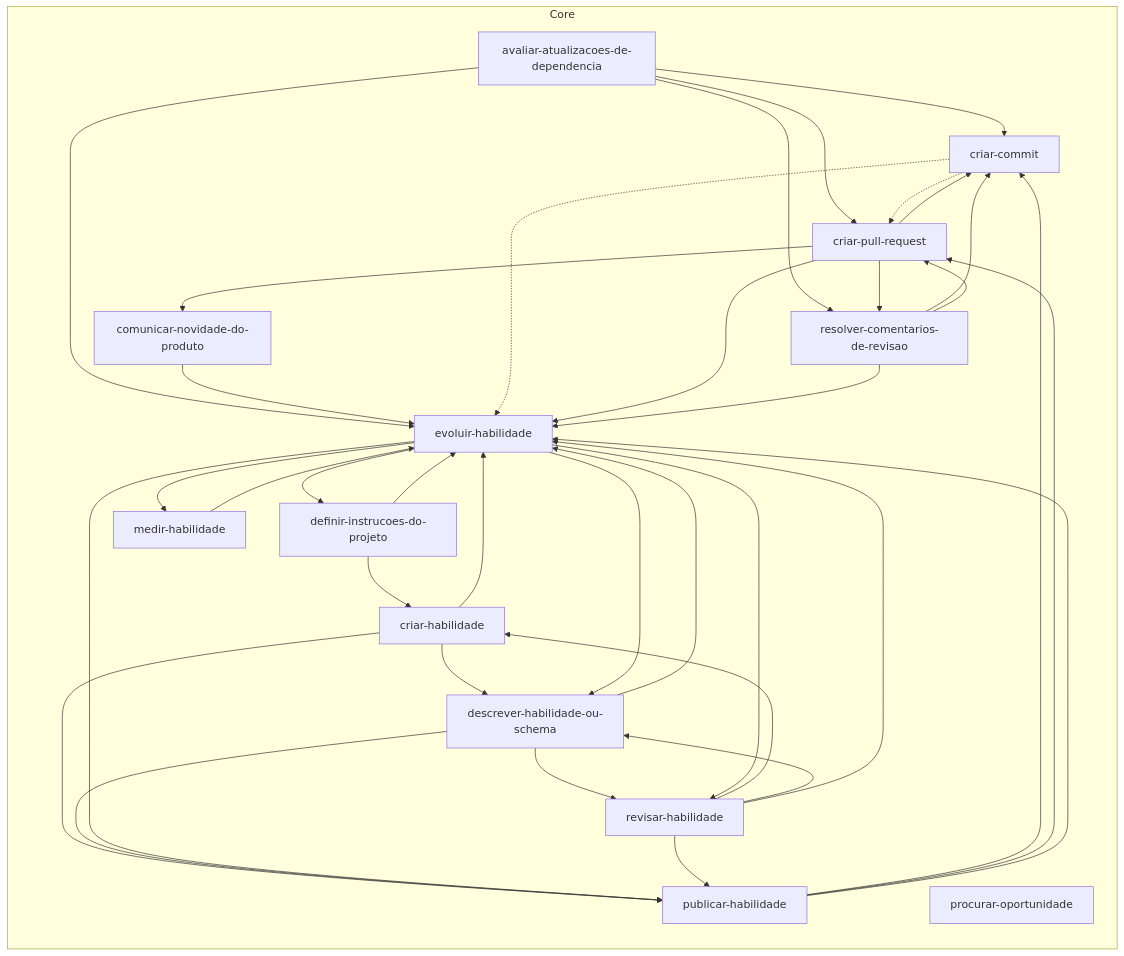
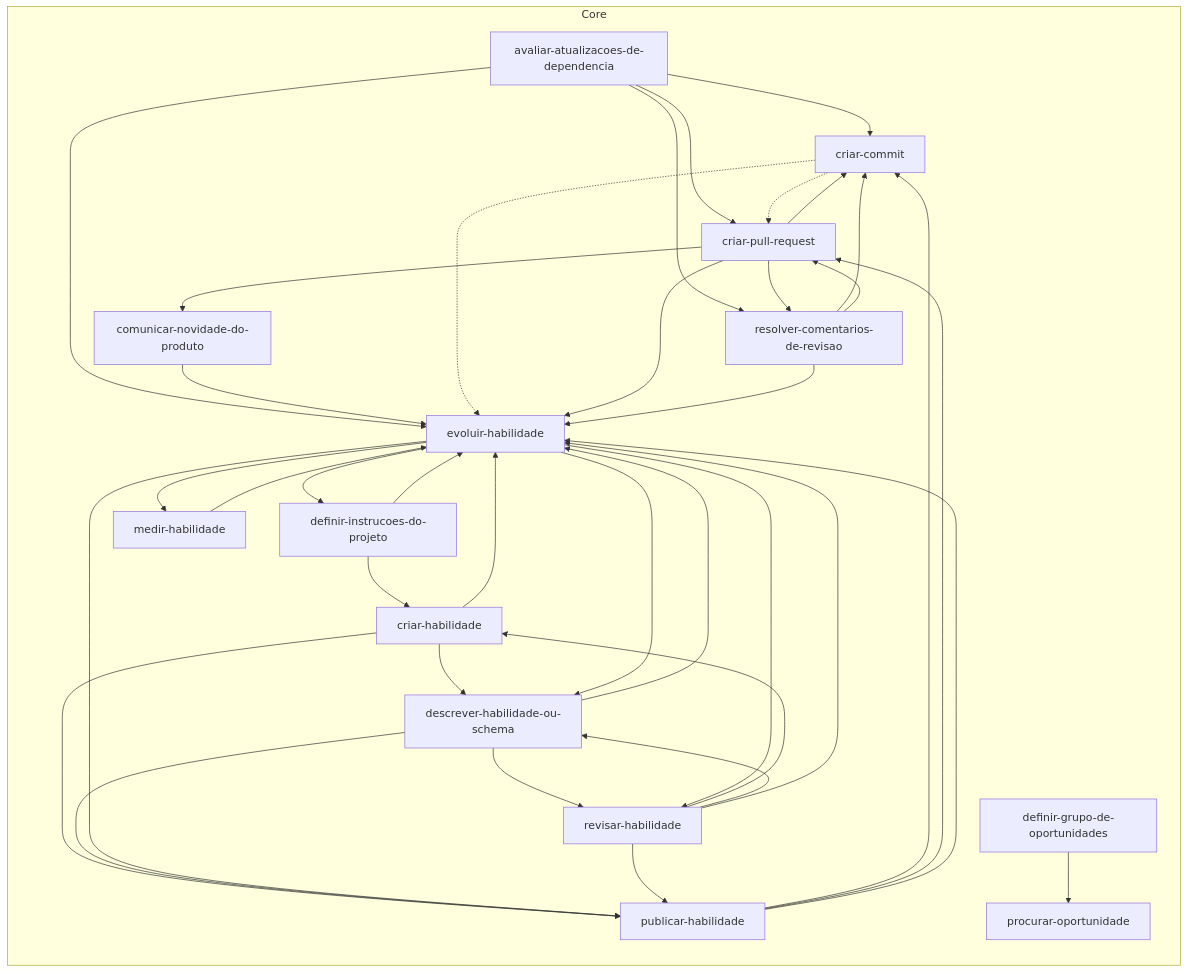
One commit to jimmyandrade/harness changed the diagram in .agents/skills/README.md. Above: the diagram before and after it, drawn with Mermaid. The commit also changed 3 other files, not shown here.

First line of the commit message:
feat(definir-grupo-de-oportunidades): move the skill to the core

````diff
--- a/.agents/skills/README.md
+++ b/.agents/skills/README.md
@@ -11,53 +11,55 @@
 ```mermaid
 flowchart LR
   subgraph core["Core"]
     avaliar_atualizacoes_de_dependencia["avaliar-atualizacoes-de-dependencia"]
     comunicar_novidade_do_produto["comunicar-novidade-do-produto"]
     criar_commit["criar-commit"]
     criar_habilidade["criar-habilidade"]
     criar_pull_request["criar-pull-request"]
+    definir_grupo_de_oportunidades["definir-grupo-de-oportunidades"]
     definir_instrucoes_do_projeto["definir-instrucoes-do-projeto"]
     descrever_habilidade_ou_schema["descrever-habilidade-ou-schema"]
     evoluir_habilidade["evoluir-habilidade"]
     medir_habilidade["medir-habilidade"]
     procurar_oportunidade["procurar-oportunidade"]
     publicar_habilidade["publicar-habilidade"]
     resolver_comentarios_de_revisao["resolver-comentarios-de-revisao"]
     revisar_habilidade["revisar-habilidade"]
   end
   avaliar_atualizacoes_de_dependencia --> criar_commit
   avaliar_atualizacoes_de_dependencia --> criar_pull_request
   avaliar_atualizacoes_de_dependencia --> evoluir_habilidade
   avaliar_atualizacoes_de_dependencia --> resolver_comentarios_de_revisao
   comunicar_novidade_do_produto --> evoluir_habilidade
   criar_commit -.-> criar_pull_request
   criar_commit -.-> evoluir_habilidade
   criar_habilidade --> descrever_habilidade_ou_schema
   criar_habilidade --> evoluir_habilidade
   criar_habilidade --> publicar_habilidade
   criar_pull_request --> comunicar_novidade_do_produto
   criar_pull_request --> criar_commit
   criar_pull_request --> evoluir_habilidade
   criar_pull_request --> resolver_comentarios_de_revisao
+  definir_grupo_de_oportunidades --> procurar_oportunidade
   definir_instrucoes_do_projeto --> criar_habilidade
   definir_instrucoes_do_projeto --> evoluir_habilidade
   descrever_habilidade_ou_schema --> evoluir_habilidade
   descrever_habilidade_ou_schema --> publicar_habilidade
   descrever_habilidade_ou_schema --> revisar_habilidade
   evoluir_habilidade --> definir_instrucoes_do_projeto
   evoluir_habilidade --> descrever_habilidade_ou_schema
   evoluir_habilidade --> medir_habilidade
   evoluir_habilidade --> publicar_habilidade
   evoluir_habilidade --> revisar_habilidade
   medir_habilidade --> evoluir_habilidade
   publicar_habilidade --> criar_commit
   publicar_habilidade --> criar_pull_request
   publicar_habilidade --> evoluir_habilidade
   resolver_comentarios_de_revisao --> criar_commit
   resolver_comentarios_de_revisao --> criar_pull_request
   resolver_comentarios_de_revisao --> evoluir_habilidade
   revisar_habilidade --> criar_habilidade
   revisar_habilidade --> descrever_habilidade_ou_schema
   revisar_habilidade --> evoluir_habilidade
   revisar_habilidade --> publicar_habilidade
 ```
````
